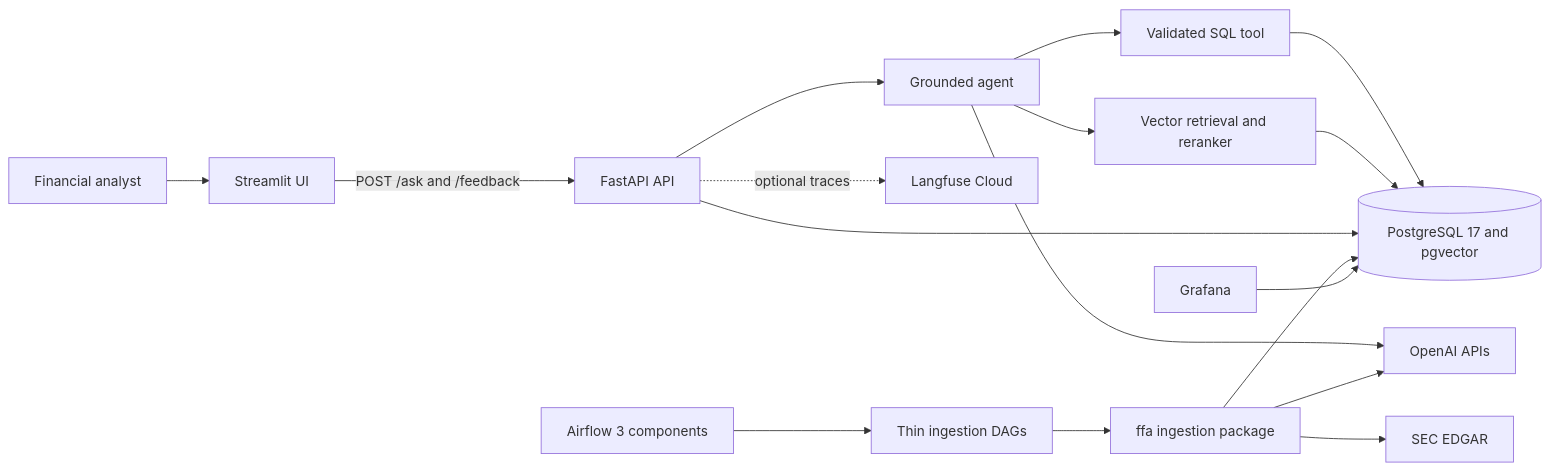
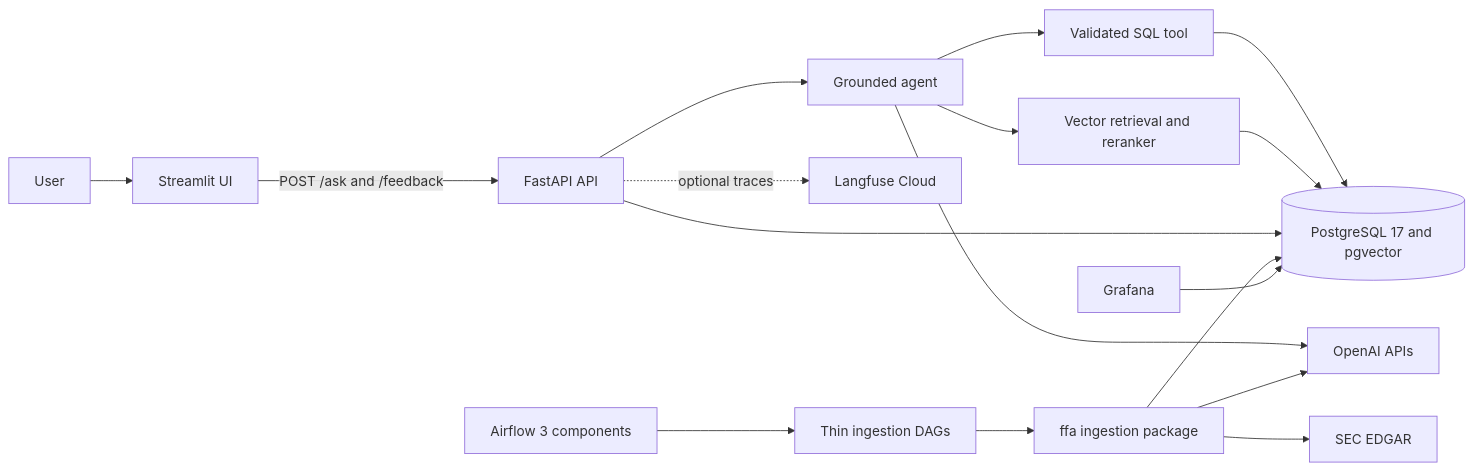
Before and after one commit to tingwang97077/FinancialAnalyticAgent: the first of 3 diagrams in README.md, drawn with Mermaid. The commit also changed other lines of this file and 6 other files, not shown here.

````diff
--- a/README.md
+++ b/README.md
@@ -69,21 +37,21 @@
 ```mermaid
 flowchart LR
-    User["Financial analyst"] --> UI["Streamlit UI"]
+    User["User"] --> UI["Streamlit UI"]
     UI -->|"POST /ask and /feedback"| API["FastAPI API"]
     API --> Agent["Grounded agent"]
     Agent --> SQLTool["Validated SQL tool"]
     Agent --> Retrieval["Vector retrieval and reranker"]
     Agent --> OpenAI["OpenAI APIs"]
     SQLTool --> PG[("PostgreSQL 17 and pgvector")]
     Retrieval --> PG
     API --> PG
     API -. "optional traces" .-> Langfuse["Langfuse Cloud"]
 
     Airflow["Airflow 3 components"] --> DAGs["Thin ingestion DAGs"]
     DAGs --> Ingestion["ffa ingestion package"]
     Ingestion --> SEC["SEC EDGAR"]
     Ingestion --> OpenAI
     Ingestion --> PG
 
     Grafana["Grafana"] --> PG
 ```
````
